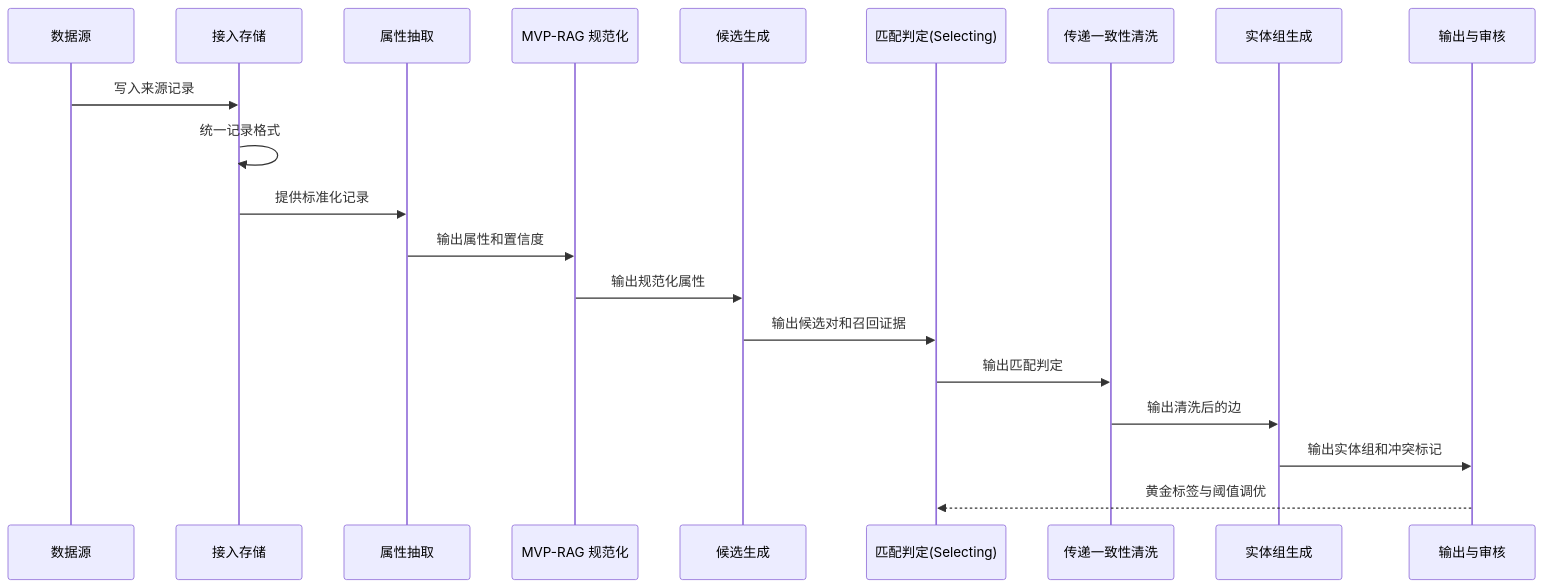
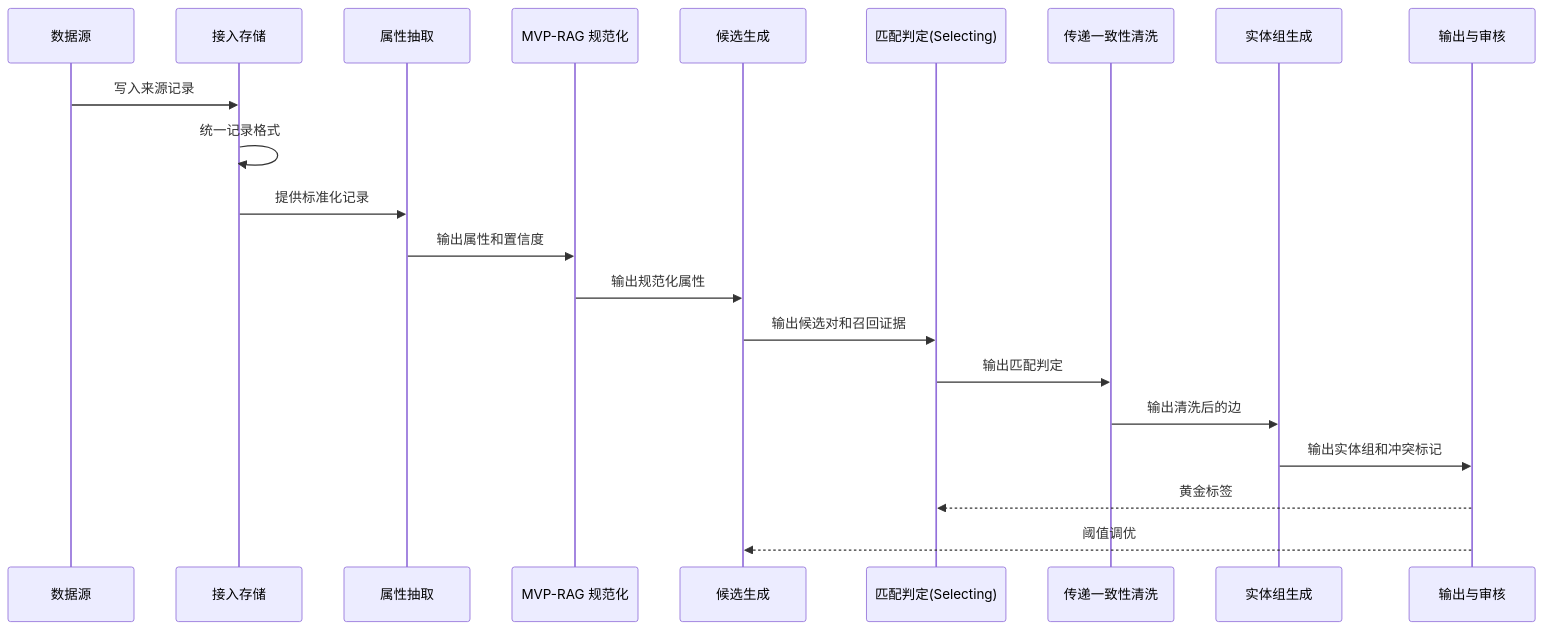
The second of 7 diagrams in 多来源商品数据合并系统设计.md (WorkerXu/my-doc), drawn with Mermaid before and after one commit. The commit also changed other lines of this file, not shown here.

Commit message:
完善候选与标准化流程图

````diff
--- a/多来源商品数据合并系统设计.md
+++ b/多来源商品数据合并系统设计.md
@@ -64,23 +65,24 @@
 ```mermaid
 sequenceDiagram
     participant SRC as 数据源
     participant ING as 接入存储
     participant EXT as 属性抽取
     participant NORM as MVP-RAG 规范化
     participant BLK as 候选生成
     participant MAT as 匹配判定(Selecting)
     participant CLN as 传递一致性清洗
     participant GRP as 实体组生成
     participant OUT as 输出与审核
 
     SRC->>ING: 写入来源记录
     ING->>ING: 统一记录格式
     ING->>EXT: 提供标准化记录
     EXT->>NORM: 输出属性和置信度
     NORM->>BLK: 输出规范化属性
     BLK->>MAT: 输出候选对和召回证据
     MAT->>CLN: 输出匹配判定
     CLN->>GRP: 输出清洗后的边
     GRP->>OUT: 输出实体组和冲突标记
-    OUT-->>MAT: 黄金标签与阈值调优
+    OUT-->>MAT: 黄金标签
+    OUT-->>BLK: 阈值调优
 ```
````
